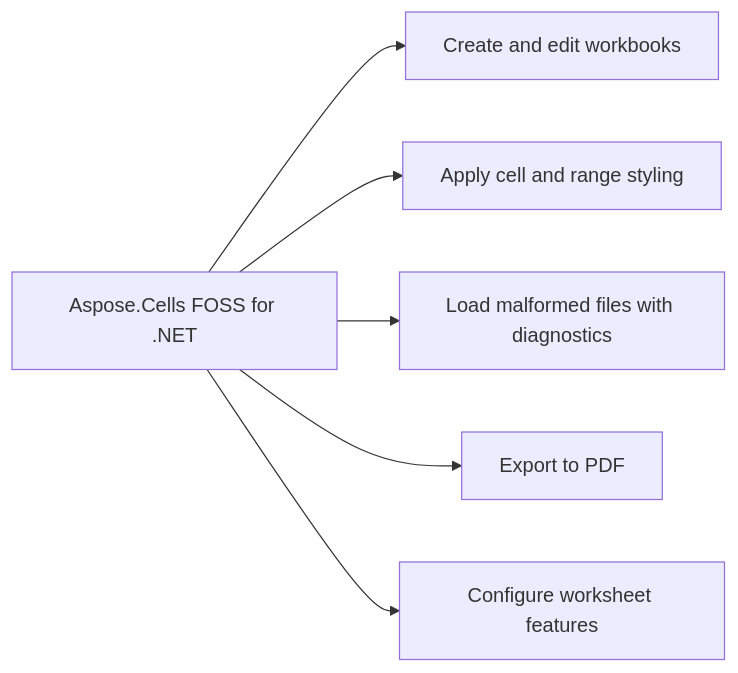
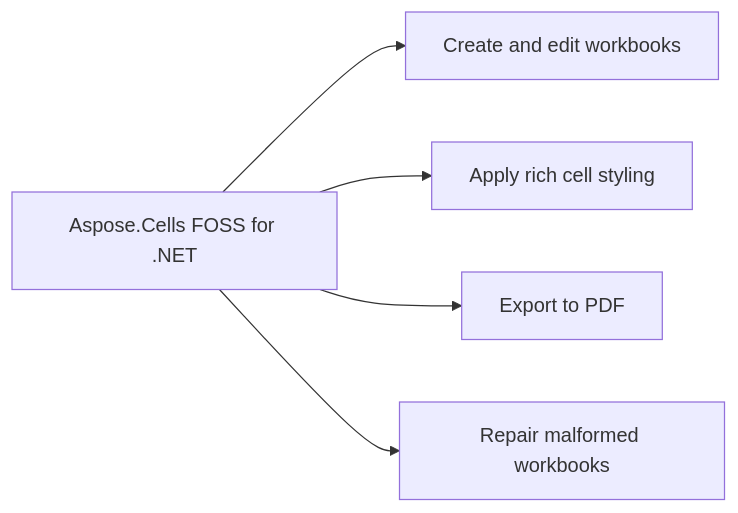
The diagram in f71fe5595ebdaf16e2e0a7d7c8224f399b54c4e2/README.md (babar-raza/repo-presenter), drawn with Mermaid before and after one commit. The commit also changed other lines of this file and 13 other files, not shown here.

Commit message:
bundle: aspose-cells-foss/Aspose.Cells-FOSS-for-.NET lane R f71fe5595ebdaf16e2e0a7d7c8224f399b54c4e2

````diff
--- a/f71fe5595ebdaf16e2e0a7d7c8224f399b54c4e2/README.md
+++ b/f71fe5595ebdaf16e2e0a7d7c8224f399b54c4e2/README.md
@@ -25,13 +27,11 @@
 ```mermaid
 flowchart LR
 Product["Aspose.Cells FOSS for .NET"]
 Product["Aspose.Cells FOSS for .NET"] --> Cap1["Create and edit workbooks"]
-Cap2["Apply cell and range styling"]
-Cap3["Load malformed files with diagnostics"]
-Cap4["Export to PDF"]
-Cap5["Configure worksheet features"]
-Product["Aspose.Cells FOSS for .NET"] --> Cap2["Apply cell and range styling"]
-Product["Aspose.Cells FOSS for .NET"] --> Cap3["Load malformed files with diagnostics"]
-Product["Aspose.Cells FOSS for .NET"] --> Cap4["Export to PDF"]
-Product["Aspose.Cells FOSS for .NET"] --> Cap5["Configure worksheet features"]
+Cap2["Apply rich cell styling"]
+Cap3["Export to PDF"]
+Cap4["Repair malformed workbooks"]
+Product["Aspose.Cells FOSS for .NET"] --> Cap2["Apply rich cell styling"]
+Product["Aspose.Cells FOSS for .NET"] --> Cap3["Export to PDF"]
+Product["Aspose.Cells FOSS for .NET"] --> Cap4["Repair malformed workbooks"]
 ```
````
